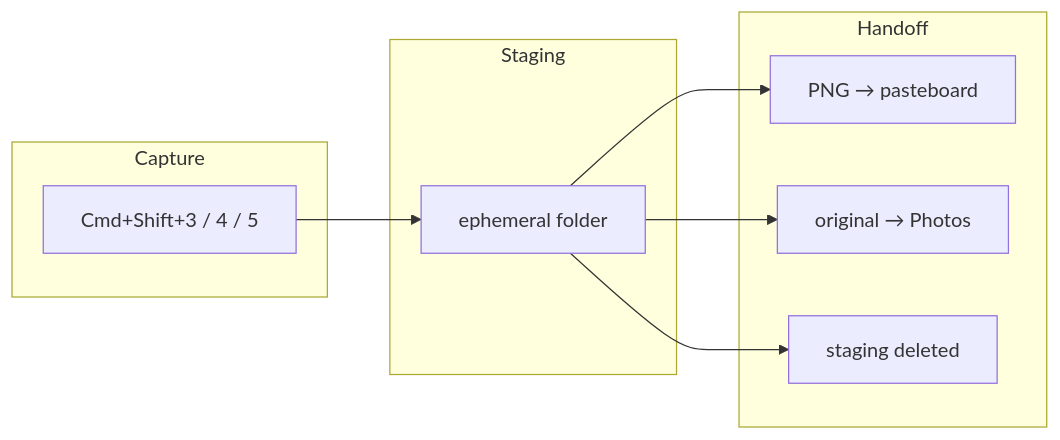
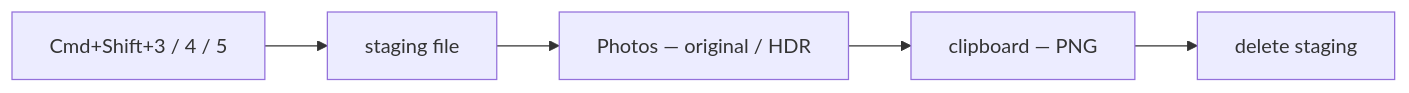
One commit to travisjneuman/macos-screenshot-pipeline changed the first of 3 diagrams in README.md. Above: the diagram before and after it, drawn with Mermaid. The commit also changed other lines of this file and 10 other files, not shown here.

First line of the commit message:
fix: process Photos before clipboard; align docs and demo order

````diff
--- a/README.md
+++ b/README.md
@@ -32,17 +32,7 @@
 ```mermaid
 flowchart LR
-  subgraph capture["Capture"]
-    K["Cmd+Shift+3 / 4 / 5"]
-  end
-  subgraph stage["Staging"]
-    S["ephemeral folder"]
-  end
-  subgraph out["Handoff"]
-    P["PNG → pasteboard"]
-    H["original → Photos"]
-    D["staging deleted"]
-  end
-  K --> S --> P
-  S --> H
-  S --> D
+  K["Cmd+Shift+3 / 4 / 5"] --> S["staging file"]
+  S --> H["Photos — original / HDR"]
+  H --> P["clipboard — PNG"]
+  P --> D["delete staging"]
 ```
````
